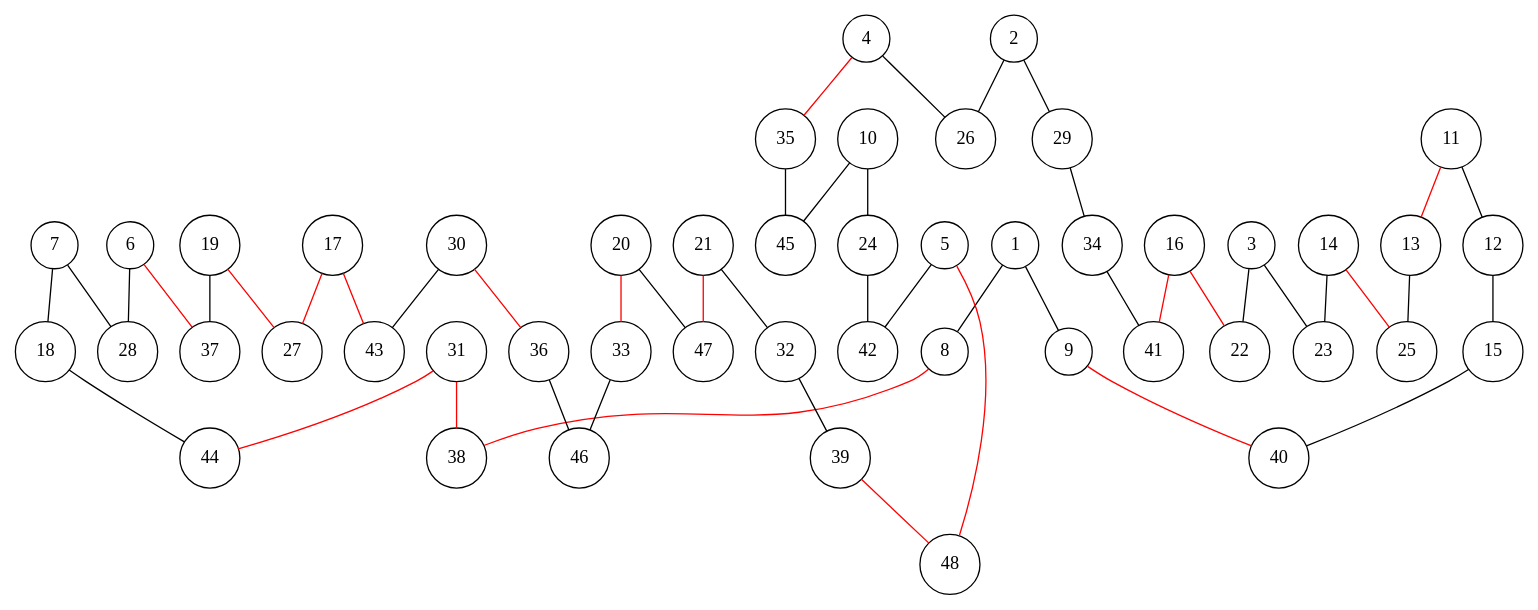
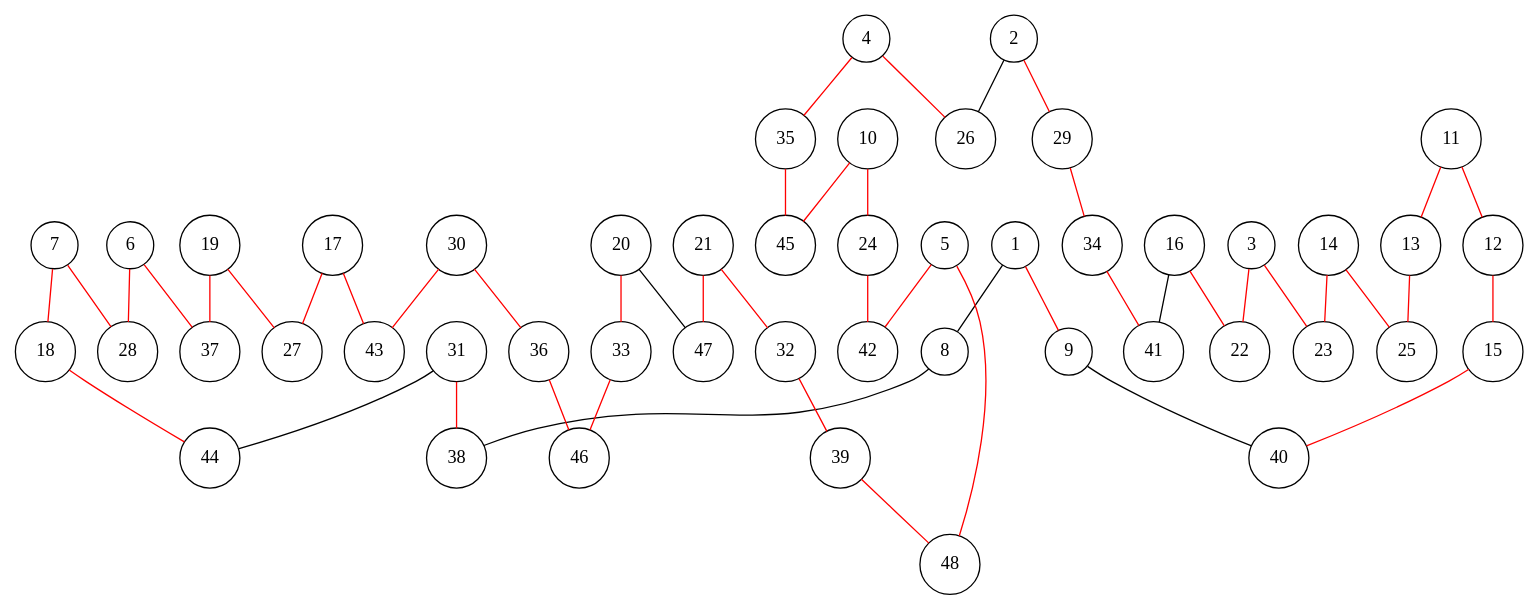
Before and after one commit to lugot/tsp-approximation: the diagram in data_tsplib/att48/att48.0.dot, drawn with Graphviz. The commit also changed 38 other files, not shown here.

```diff
--- a/data_tsplib/att48/att48.0.dot
+++ b/data_tsplib/att48/att48.0.dot
@@ -1,100 +1,100 @@
 graph att48 {
 	node [shape=circle fillcolor=white]
 	1 [ pos = "17.351198,3.743880!"]
 	2 [ pos = "5.753672,0.025767!"]
 	3 [ pos = "14.248905,3.669157!"]
 	4 [ pos = "1.033239,2.166967!"]
 	5 [ pos = "7.941252,4.236022!"]
 	6 [ pos = "19.603195,11.486730!"]
 	7 [ pos = "19.513012,9.574852!"]
 	8 [ pos = "18.719402,3.267199!"]
 	9 [ pos = "17.773770,4.856996!"]
 	10 [ pos = "2.865241,5.279567!"]
 	11 [ pos = "14.089152,6.714764!"]
 	12 [ pos = "15.431590,7.402731!"]
 	13 [ pos = "12.125741,6.889977!"]
 	14 [ pos = "11.883535,5.243494!"]
 	15 [ pos = "16.354032,6.913167!"]
 	16 [ pos = "15.735635,1.723783!"]
 	17 [ pos = "19.610925,13.357382!"]
 	18 [ pos = "19.227003,9.250193!"]
 	19 [ pos = "19.922700,12.169544!"]
 	20 [ pos = "15.202267,9.175470!"]
 	21 [ pos = "11.551147,8.680752!"]
 	22 [ pos = "15.720175,2.860088!"]
 	23 [ pos = "13.396032,5.622262!"]
 	24 [ pos = "4.207678,7.237825!"]
 	25 [ pos = "11.097655,5.982994!"]
 	26 [ pos = "1.739242,2.592115!"]
 	27 [ pos = "19.466632,12.416903!"]
 	28 [ pos = "19.430559,10.257666!"]
 	29 [ pos = "8.186035,1.947952!"]
 	30 [ pos = "18.943571,11.610410!"]
 	31 [ pos = "19.440866,7.217212!"]
 	32 [ pos = "8.361247,8.515846!"]
 	33 [ pos = "16.557588,8.175728!"]
 	34 [ pos = "11.873229,3.086833!"]
 	35 [ pos = "0.059263,5.709869!"]
 	36 [ pos = "18.675599,9.737181!"]
 	37 [ pos = "20.000000,11.839732!"]
 	38 [ pos = "19.046637,5.782015!"]
 	39 [ pos = "8.977068,7.289358!"]
 	40 [ pos = "16.158207,5.501159!"]
 	41 [ pos = "12.844628,0.360732!"]
 	42 [ pos = "4.936872,4.042772!"]
 	43 [ pos = "18.758052,12.623035!"]
 	44 [ pos = "19.348106,8.345787!"]
 	45 [ pos = "0.025767,6.895130!"]
 	46 [ pos = "17.539294,7.711930!"]
 	47 [ pos = "13.359959,8.394744!"]
 	48 [ pos = "7.789230,5.003865!"]
 
 	1 -- 8 [color = black]
-	1 -- 9 [color = black]
+	1 -- 9 [color = red]
 	2 -- 26 [color = black]
-	2 -- 29 [color = black]
-	3 -- 22 [color = black]
-	3 -- 23 [color = black]
-	4 -- 26 [color = black]
+	2 -- 29 [color = red]
+	3 -- 22 [color = red]
+	3 -- 23 [color = red]
+	4 -- 26 [color = red]
 	4 -- 35 [color = red]
-	5 -- 42 [color = black]
+	5 -- 42 [color = red]
 	5 -- 48 [color = red]
-	6 -- 28 [color = black]
+	6 -- 28 [color = red]
 	6 -- 37 [color = red]
-	7 -- 18 [color = black]
-	7 -- 28 [color = black]
-	8 -- 38 [color = red]
-	9 -- 40 [color = red]
-	10 -- 24 [color = black]
-	10 -- 45 [color = black]
-	11 -- 12 [color = black]
+	7 -- 18 [color = red]
+	7 -- 28 [color = red]
+	8 -- 38 [color = black]
+	9 -- 40 [color = black]
+	10 -- 24 [color = red]
+	10 -- 45 [color = red]
+	11 -- 12 [color = red]
 	11 -- 13 [color = red]
-	12 -- 15 [color = black]
-	13 -- 25 [color = black]
-	14 -- 23 [color = black]
+	12 -- 15 [color = red]
+	13 -- 25 [color = red]
+	14 -- 23 [color = red]
 	14 -- 25 [color = red]
-	15 -- 40 [color = black]
+	15 -- 40 [color = red]
 	16 -- 22 [color = red]
-	16 -- 41 [color = red]
+	16 -- 41 [color = black]
 	17 -- 27 [color = red]
 	17 -- 43 [color = red]
-	18 -- 44 [color = black]
+	18 -- 44 [color = red]
 	19 -- 27 [color = red]
-	19 -- 37 [color = black]
+	19 -- 37 [color = red]
 	20 -- 33 [color = red]
 	20 -- 47 [color = black]
-	21 -- 32 [color = black]
+	21 -- 32 [color = red]
 	21 -- 47 [color = red]
-	24 -- 42 [color = black]
-	29 -- 34 [color = black]
+	24 -- 42 [color = red]
+	29 -- 34 [color = red]
 	30 -- 36 [color = red]
-	30 -- 43 [color = black]
+	30 -- 43 [color = red]
 	31 -- 38 [color = red]
-	31 -- 44 [color = red]
-	32 -- 39 [color = black]
-	33 -- 46 [color = black]
-	34 -- 41 [color = black]
-	35 -- 45 [color = black]
-	36 -- 46 [color = black]
+	31 -- 44 [color = black]
+	32 -- 39 [color = red]
+	33 -- 46 [color = red]
+	34 -- 41 [color = red]
+	35 -- 45 [color = red]
+	36 -- 46 [color = red]
 	39 -- 48 [color = red]
 }
```
